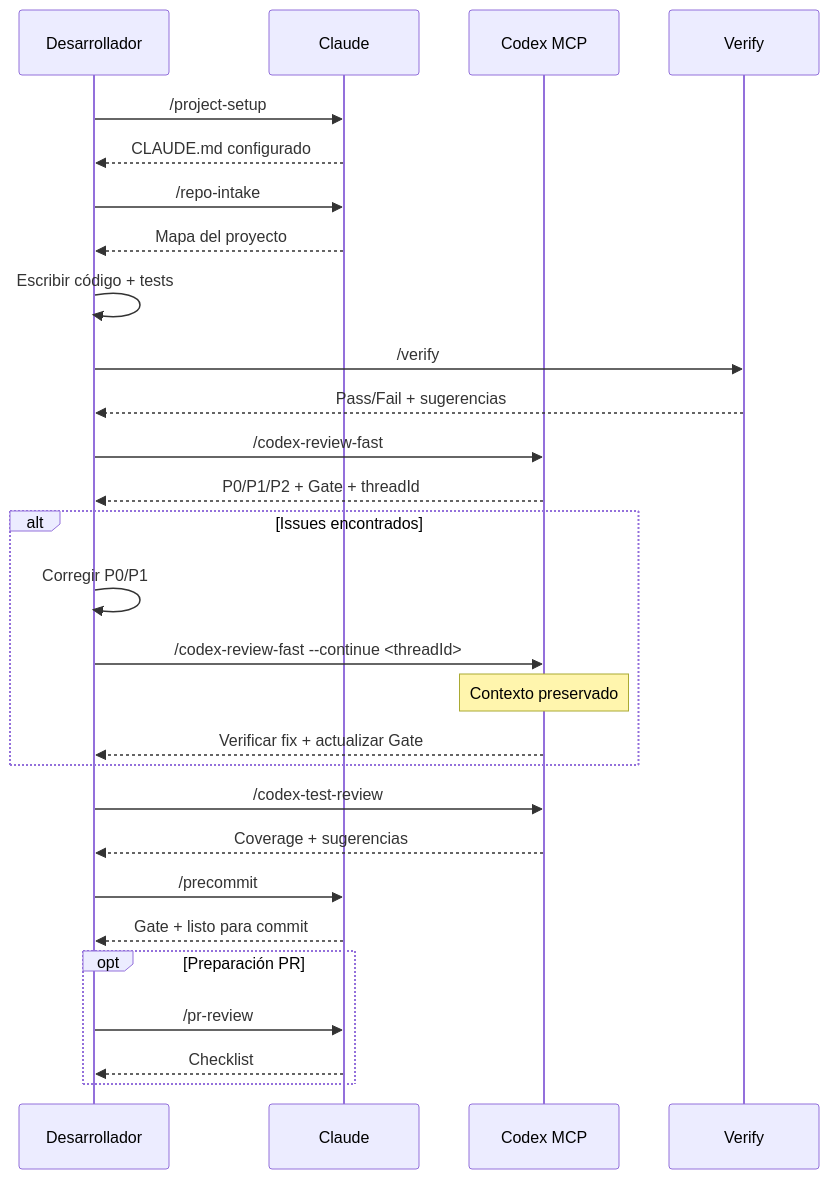
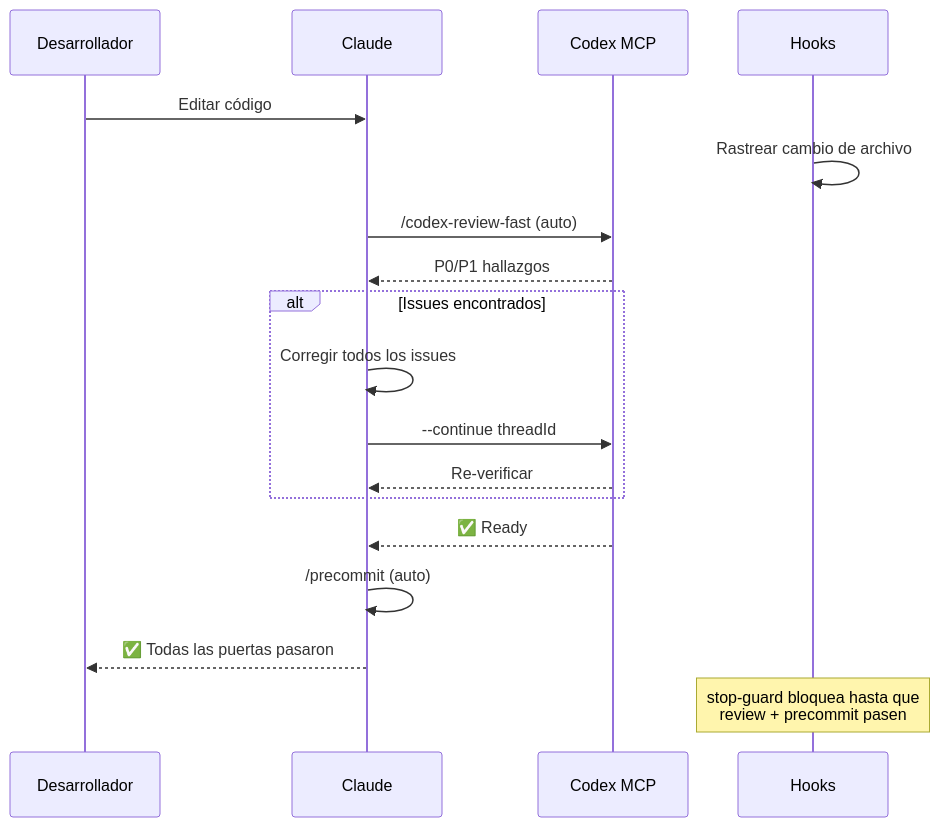
One commit to jupiter-Pulin/Uranus-dev-flow changed the first of 5 diagrams in README.es.md. Above: the diagram before and after it, drawn with Mermaid. The commit also changed other lines of this file and 6 other files, not shown here.

````diff
--- a/README.es.md
+++ b/README.es.md
@@ -67,39 +71,24 @@
 ```mermaid
 sequenceDiagram
     participant D as Desarrollador
     participant C as Claude
     participant X as Codex MCP
-    participant V as Verify
+    participant H as Hooks
 
-    D->>C: /project-setup
-    C-->>D: CLAUDE.md configurado
-
-    D->>C: /repo-intake
-    C-->>D: Mapa del proyecto
-
-    D->>D: Escribir código + tests
-
-    D->>V: /verify
-    V-->>D: Pass/Fail + sugerencias
-
-    D->>X: /codex-review-fast
-    X-->>D: P0/P1/P2 + Gate + threadId
+    D->>C: Editar código
+    H->>H: Rastrear cambio de archivo
+    C->>X: /codex-review-fast (auto)
+    X-->>C: P0/P1 hallazgos
 
     alt Issues encontrados
-        D->>D: Corregir P0/P1
-        D->>X: /codex-review-fast --continue <threadId>
-        Note over X: Contexto preservado
-        X-->>D: Verificar fix + actualizar Gate
+        C->>C: Corregir todos los issues
+        C->>X: --continue threadId
+        X-->>C: Re-verificar
     end
 
-    D->>X: /codex-test-review
-    X-->>D: Coverage + sugerencias
+    X-->>C: ✅ Ready
+    C->>C: /precommit (auto)
+    C-->>D: ✅ Todas las puertas pasaron
 
-    D->>C: /precommit
-    C-->>D: Gate + listo para commit
-
-    opt Preparación PR
-        D->>C: /pr-review
-        C-->>D: Checklist
-    end
+    Note over H: stop-guard bloquea hasta que<br/>review + precommit pasen
 ```
````
